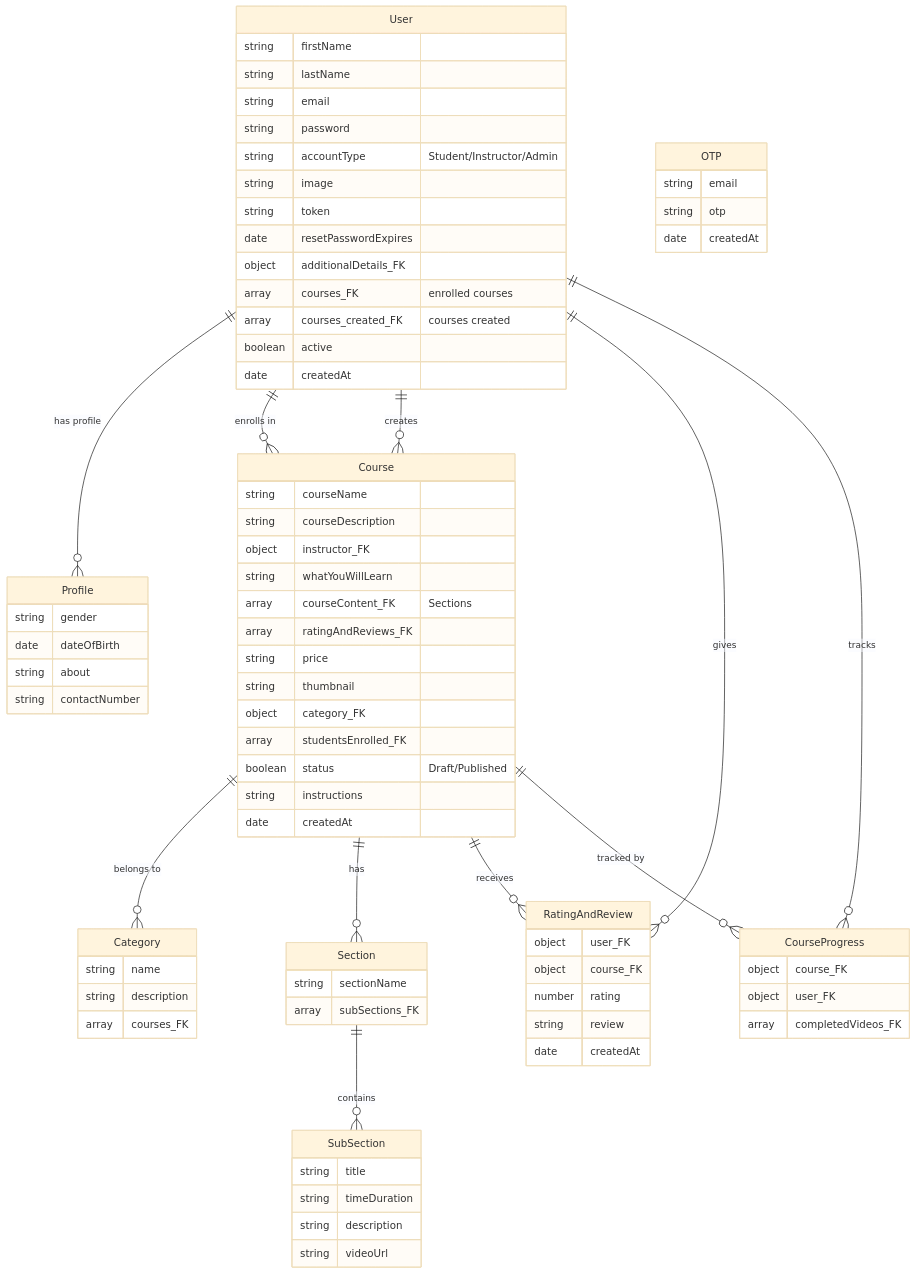
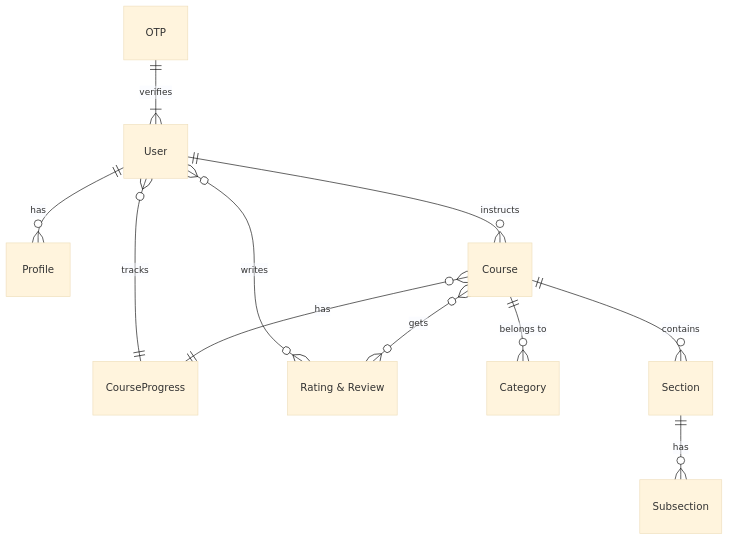
One commit to grewal16/study_notion changed the diagram in README.md. Above: the diagram before and after it, drawn with Mermaid (base theme). The commit also changed other lines of this file, not shown here.

````diff
--- a/README.md
+++ b/README.md
@@ -41,92 +53,13 @@
 ```mermaid
 erDiagram
-    User {
-        string firstName
-        string lastName
-        string email
-        string password
-        string accountType "Student/Instructor/Admin"
-        string image
-        string token
-        date resetPasswordExpires
-        object additionalDetails_FK
-        array courses_FK "enrolled courses"
-        array courses_created_FK "courses created"
-        boolean active
-        date createdAt
-    }
-
-    Profile {
-        string gender
-        date dateOfBirth
-        string about
-        string contactNumber
-    }
-
-    Category {
-        string name
-        string description
-        array courses_FK
-    }
-
-    Course {
-        string courseName
-        string courseDescription
-        object instructor_FK
-        string whatYouWillLearn
-        array courseContent_FK "Sections"
-        array ratingAndReviews_FK
-        string price
-        string thumbnail
-        object category_FK
-        array studentsEnrolled_FK
-        boolean status "Draft/Published"
-        string instructions
-        date createdAt
-    }
-
-    Section {
-        string sectionName
-        array subSections_FK
-    }
-
-    SubSection {
-        string title
-        string timeDuration
-        string description
-        string videoUrl
-    }
-
-    RatingAndReview {
-        object user_FK
-        object course_FK
-        number rating
-        string review
-        date createdAt
-    }
-
-    OTP {
-        string email
-        string otp
-        date createdAt
-    }
-
-    CourseProgress {
-        object course_FK
-        object user_FK
-        array completedVideos_FK
-    }
-
-    User ||--o{ Profile : "has profile"
-    User ||--o{ Course : "enrolls in"
-    User ||--o{ Course : "creates"
-    User ||--o{ RatingAndReview : "gives"
-    User ||--o{ CourseProgress : "tracks"
-
-    Course ||--o{ Category : "belongs to"
-    Course ||--o{ Section : "has"
-    Course ||--o{ RatingAndReview : "receives"
-    Course ||--o{ CourseProgress : "tracked by"
-
-    Section ||--o{ SubSection : "contains"
+    "User" ||--o{ "Profile" : "has"
+    "User" ||--o{ "Course" : "instructs"
+    "User" }o--|| "CourseProgress" : "tracks"
+    "User" }o--o{ "Rating & Review" : "writes"
+    "Course" ||--o{ "Category" : "belongs to"
+    "Course" ||--o{ "Section" : "contains"
+    "Course" }o--|| "CourseProgress" : "has"
+    "Course" }o--o{ "Rating & Review" : "gets"
+    "Section" ||--o{ "Subsection" : "has"
+    "OTP" ||--|{ "User" : "verifies"
 ```
````
